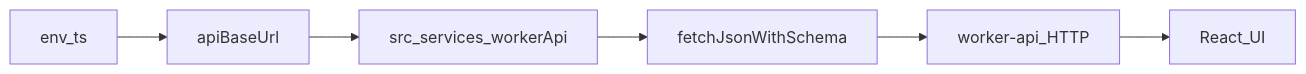
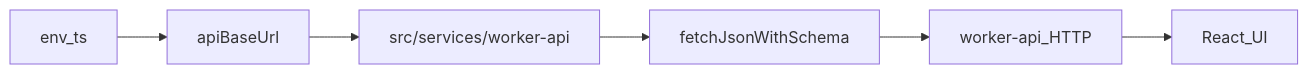
Before and after one commit to louisbrulenaudet/monorepo-template: the diagram in apps/front-app/README.md, drawn with Mermaid. The commit also changed other lines of this file and 190 other files, not shown here.

````diff
--- a/apps/front-app/README.md
+++ b/apps/front-app/README.md
@@ -50,8 +53,8 @@
 ```mermaid
 flowchart LR
   Env[env_ts] --> BaseUrl[apiBaseUrl]
-  BaseUrl --> Services[src_services_workerApi]
+  BaseUrl --> Services[src/services/worker-api]
   Services --> Fetch[fetchJsonWithSchema]
   Fetch --> API[worker-api_HTTP]
   API --> UI[React_UI]
 ```
````
